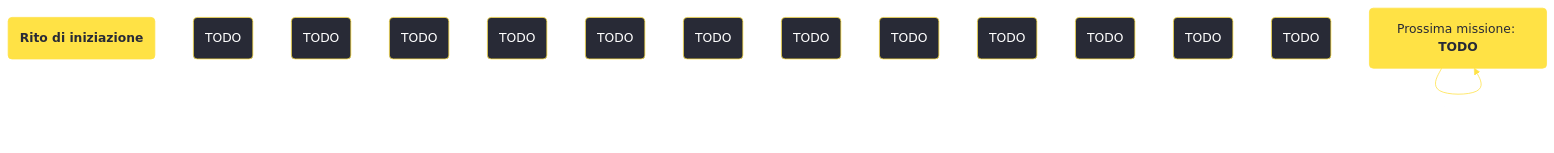
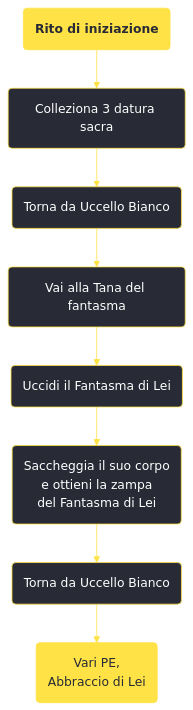
One commit to persy/wastelander changed the diagram in content/voci/fallout new vegas/missioni/Rito di iniziazione.md. Above: the diagram before and after it, drawn with Mermaid. The commit also changed 174 other files, not shown here.

````diff
--- a/content/voci/fallout new vegas/missioni/Rito di iniziazione.md
+++ b/content/voci/fallout new vegas/missioni/Rito di iniziazione.md
@@ -32,24 +32,18 @@
 ```mermaid
 %%{init: {'theme': 'base', 'themeVariables': { 'primaryColor': '#282a36', 'primaryBorderColor': '#ffe245', 'primaryTextColor': '#fff', 'lineColor': '#ffe245', 'fontFamily': 'Jura'}}}%%
 graph TD;
     id1(<b>Rito di iniziazione</b>):::questfnv
-    id2(TODO)
-    id3(TODO)
-    id4(TODO)
-    id5(TODO)
-    id6(TODO)
-    id7(TODO) 
-    id8(TODO)
-    id9(TODO)
-    id10(TODO)
-    id11(TODO)
-    id12(TODO)
-    id13(TODO) 
-    id(TODO):::rewardfnv
-    id(Prossima missione: <b>TODO</b>):::questfnv
-    id-->id-->id-->id-->id-->id-->id
+    id2(Colleziona 3 datura sacra)
+    id3(Torna da Uccello Bianco)
+    id4(Vai alla Tana del fantasma)
+    id5(Uccidi il Fantasma di Lei)
+    id6(Saccheggia il suo corpo <br />e ottieni la zampa <br />del Fantasma di Lei)
+    id7(Torna da Uccello Bianco) 
+    id8(Vari PE, <br />Abbraccio di Lei):::rewardfnv
+
+    id1-->id2-->id3-->id4-->id5-->id6-->id7-->id8
     
-    click id "../TODO"
+    
     classDef rewardfnv fill:#ffe245, stroke:#ffe245, color:#282a36;
     classDef questfnv fill:#ffe245, stroke:#ffe245, color:#282a36;
 ```
````
